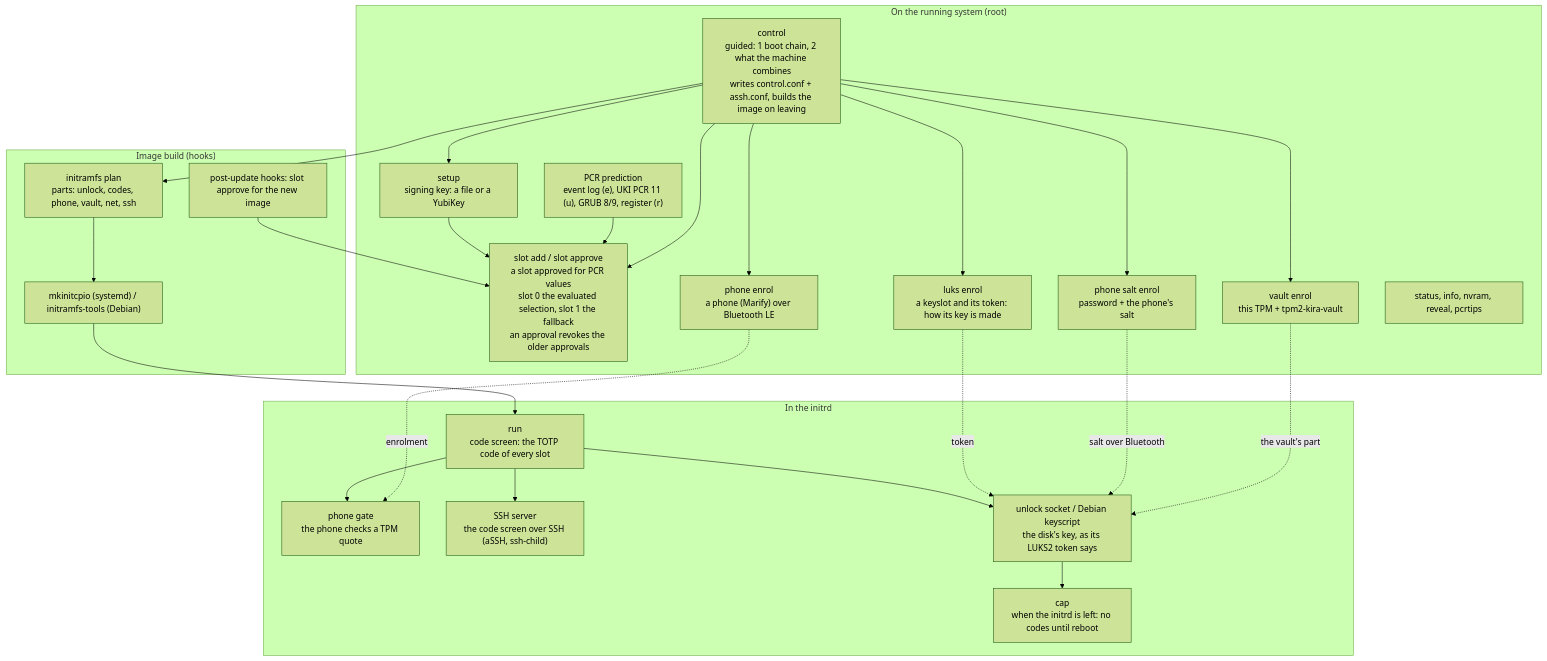
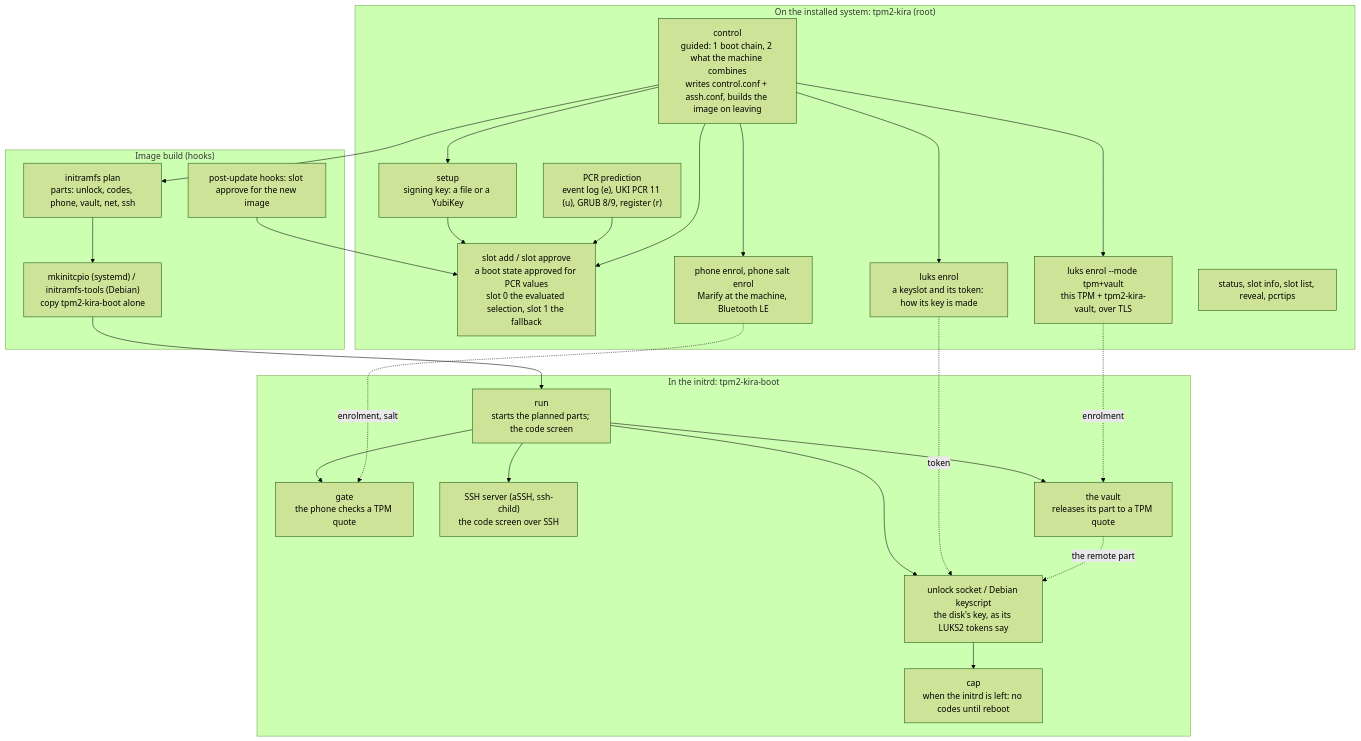
One commit to mrwiora/tpm2-kira changed the first of 2 diagrams in README.md. Above: the diagram before and after it, drawn with Mermaid (forest theme). The commit also changed other lines of this file and 3 other files, not shown here.

First line of the commit message:
docs: ARCHITECTURE.md and TESTING.md; the README's diagrams as they are

````diff
--- a/README.md
+++ b/README.md
@@ -50,43 +51,41 @@
 ```mermaid
 flowchart TB
-  subgraph SETUP["On the running system (root)"]
+  subgraph SETUP["On the installed system: tpm2-kira (root)"]
     CTRL["control<br/>guided: 1 boot chain, 2 what the machine combines<br/>writes control.conf + assh.conf, builds the image on leaving"]
     KEY["setup<br/>signing key: a file or a YubiKey"]
-    SEAL["slot add / slot approve<br/>a slot approved for PCR values<br/>slot 0 the evaluated selection, slot 1 the fallback<br/>an approval revokes the older approvals"]
+    SEAL["slot add / slot approve<br/>a boot state approved for PCR values<br/>slot 0 the evaluated selection, slot 1 the fallback"]
     PCR["PCR prediction<br/>event log (e), UKI PCR 11 (u), GRUB 8/9, register (r)"]
-    PHONE["phone enrol<br/>a phone (Marify) over Bluetooth LE"]
+    PHONE["phone enrol, phone salt enrol<br/>Marify at the machine, Bluetooth LE"]
     LUKS["luks enrol<br/>a keyslot and its token: how its key is made"]
-    SALT["phone salt enrol<br/>password + the phone's salt"]
-    VAULT["vault enrol<br/>this TPM + tpm2-kira-vault"]
-    INSPECT["status, info, nvram, reveal, pcrtips"]
+    VAULT["luks enrol --mode tpm+vault<br/>this TPM + tpm2-kira-vault, over TLS"]
+    INSPECT["status, slot info, slot list, reveal, pcrtips"]
   end
 
   subgraph BUILD["Image build (hooks)"]
     PLAN["initramfs plan<br/>parts: unlock, codes, phone, vault, net, ssh"]
-    HOOKS["mkinitcpio (systemd) / initramfs-tools (Debian)"]
+    HOOKS["mkinitcpio (systemd) / initramfs-tools (Debian)<br/>copy tpm2-kira-boot alone"]
     POST["post-update hooks: slot approve for the new image"]
   end
 
-  subgraph BOOT["In the initrd"]
-    RUN["run<br/>code screen: the TOTP code of every slot"]
-    ATT["phone gate<br/>the phone checks a TPM quote"]
-    SSH["SSH server<br/>the code screen over SSH (aSSH, ssh-child)"]
-    UNLOCK["unlock socket / Debian keyscript<br/>the disk's key, as its LUKS2 token says"]
+  subgraph BOOT["In the initrd: tpm2-kira-boot"]
+    RUN["run<br/>starts the planned parts; the code screen"]
+    ATT["gate<br/>the phone checks a TPM quote"]
+    SSH["SSH server (aSSH, ssh-child)<br/>the code screen over SSH"]
+    VREL["the vault<br/>releases its part to a TPM quote"]
+    UNLOCK["unlock socket / Debian keyscript<br/>the disk's key, as its LUKS2 tokens say"]
     CAP["cap<br/>when the initrd is left: no codes until reboot"]
   end
 
   KEY --> SEAL
   PCR --> SEAL
-  CTRL --> KEY & SEAL & PHONE & LUKS & SALT & VAULT
+  CTRL --> KEY & SEAL & PHONE & LUKS & VAULT
   CTRL --> PLAN --> HOOKS
   POST --> SEAL
   HOOKS --> RUN
-  RUN --> ATT
-  RUN --> SSH
-  RUN --> UNLOCK
+  RUN --> ATT & SSH & VREL & UNLOCK
   LUKS -. token .-> UNLOCK
-  SALT -. salt over Bluetooth .-> UNLOCK
-  VAULT -. the vault's part .-> UNLOCK
-  PHONE -. enrolment .-> ATT
+  PHONE -. enrolment, salt .-> ATT
+  VAULT -. enrolment .-> VREL
+  VREL -. the remote part .-> UNLOCK
   UNLOCK --> CAP
 ```
````
